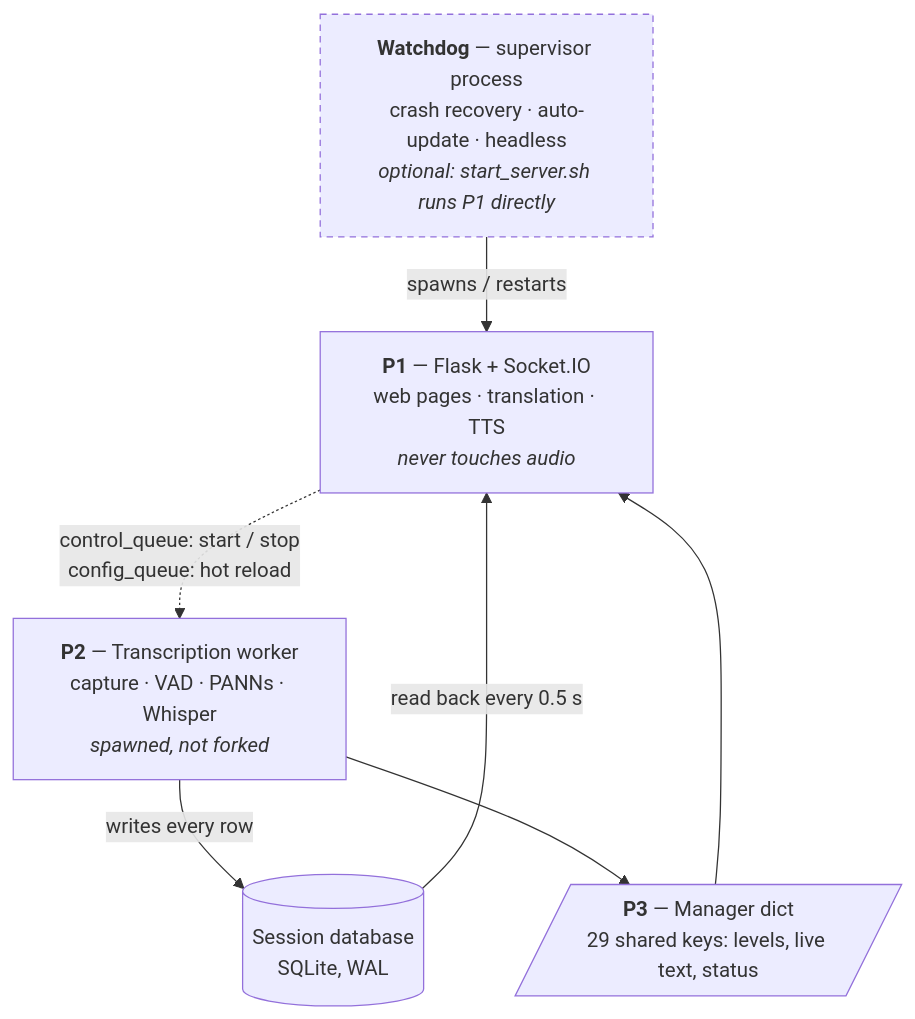
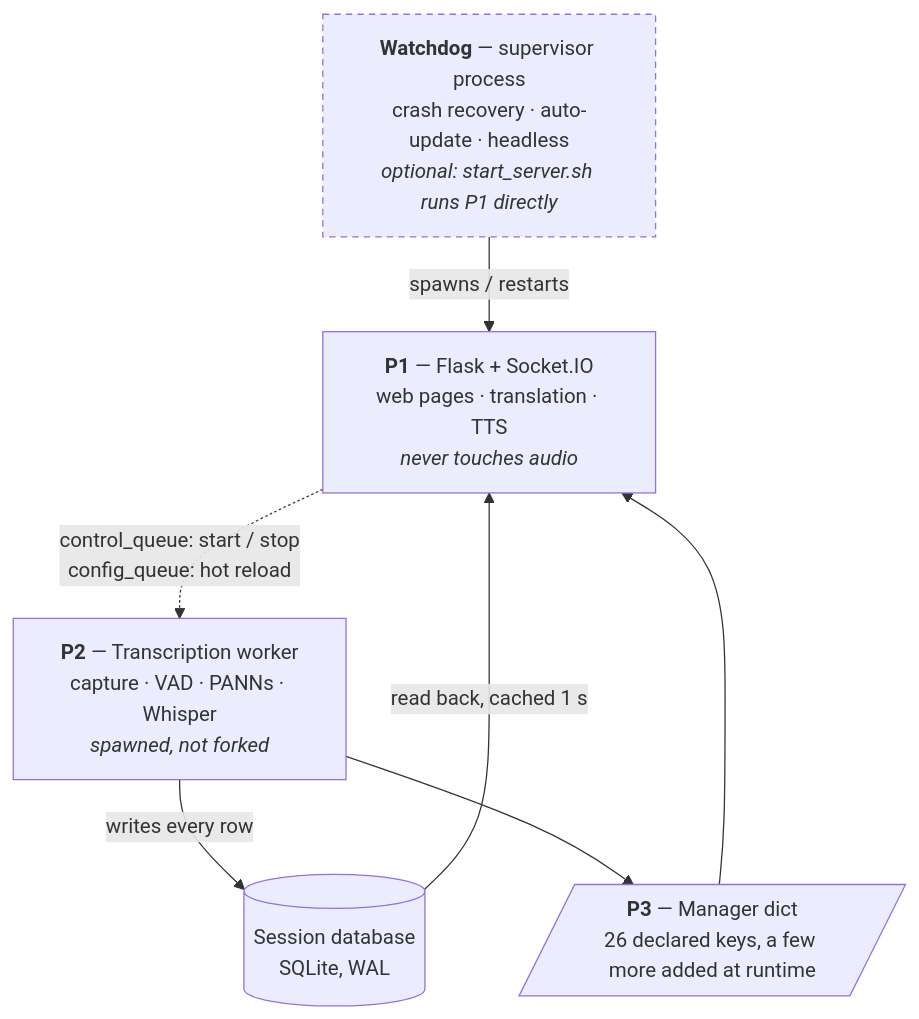
The first of 12 diagrams in PIPELINE.md (ChurchPresenter/STT), drawn with Mermaid before and after one commit. The commit also changed other lines of this file, not shown here.

````diff
--- a/PIPELINE.md
+++ b/PIPELINE.md
@@ -36,18 +36,18 @@
 ```mermaid
 flowchart TD
     WD["<b>Watchdog</b> — supervisor process<br/>crash recovery · auto-update · headless<br/><i>optional: start_server.sh runs P1 directly</i>"]
     WEB["<b>P1</b> — Flask + Socket.IO<br/>web pages · translation · TTS<br/><i>never touches audio</i>"]
     WK["<b>P2</b> — Transcription worker<br/>capture · VAD · PANNs · Whisper<br/><i>spawned, not forked</i>"]
-    MG[/"<b>P3</b> — Manager dict<br/>29 shared keys: levels, live text, status"/]
+    MG[/"<b>P3</b> — Manager dict<br/>26 declared keys, a few more added at runtime"/]
     DB[("Session database<br/>SQLite, WAL")]
 
     WD -->|spawns / restarts| WEB
     WEB -.->|control_queue: start / stop<br/>config_queue: hot reload| WK
     WK -->|writes every row| DB
-    DB -->|read back every 0.5 s| WEB
+    DB -->|read back, cached 1 s| WEB
     WK --> MG
     MG --> WEB
 
     classDef optin stroke-dasharray:5 4;
     class WD optin;
 ```
````
